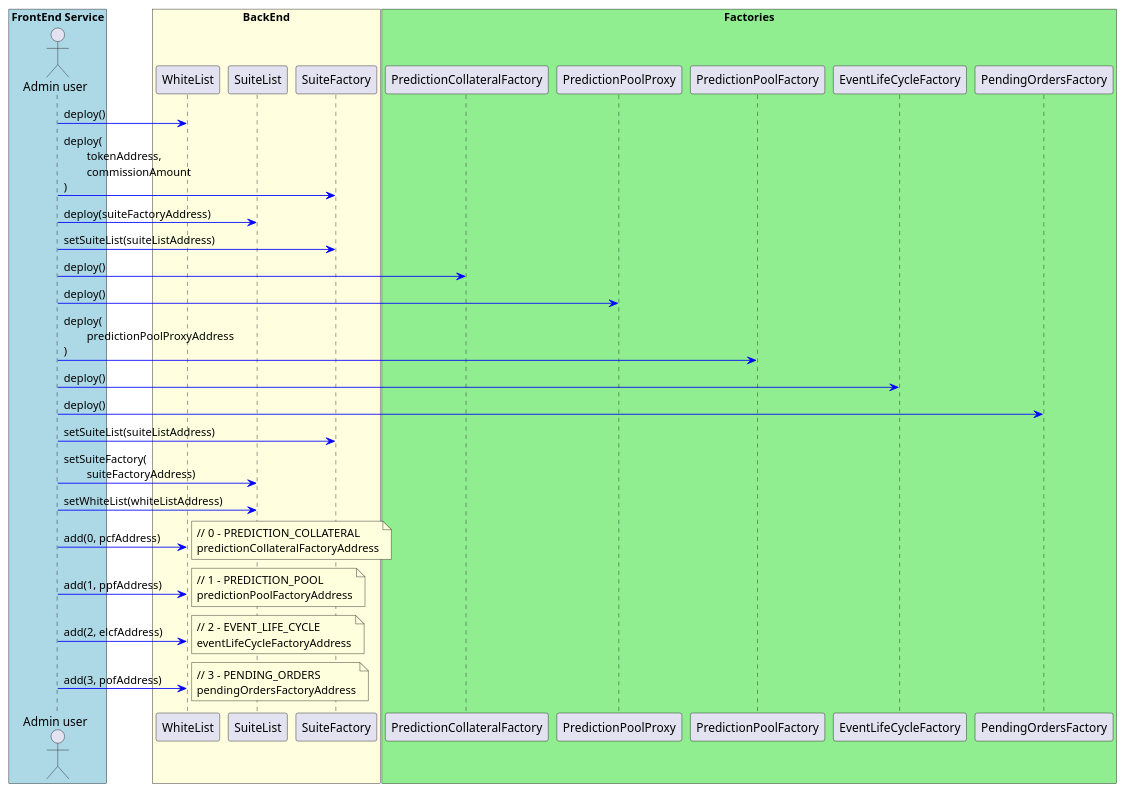
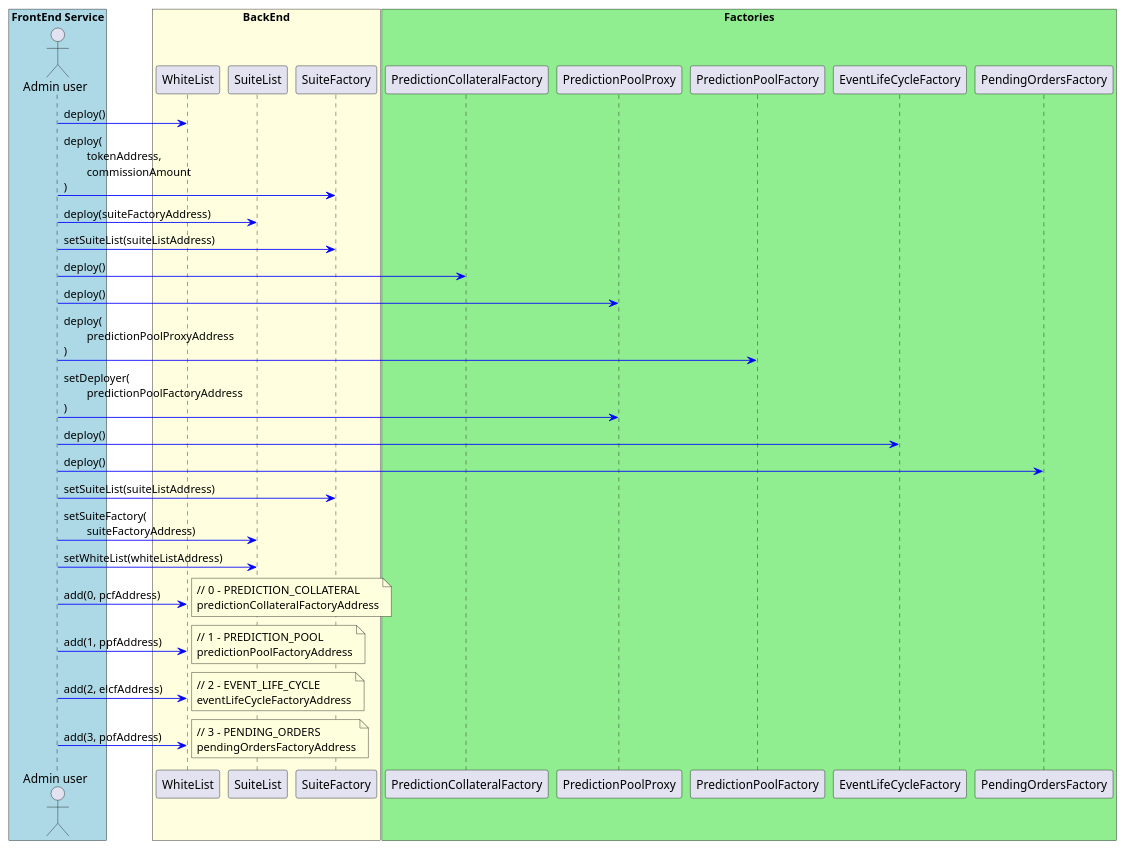
One commit to yurivin/polars_contracts changed the diagram in docs/DeployAndInitFactories.puml. Above: the diagram before and after it, drawn with PlantUML. The commit also changed 3 other files, not shown here.

```diff
--- a/docs/DeployAndInitFactories.puml
+++ b/docs/DeployAndInitFactories.puml
@@ -1,56 +1,57 @@
 @startuml
 
 box "FrontEnd Service" #LightBlue
 actor "Admin user" as governance
 end box
 
 box "BackEnd" #LightYellow
 participant WhiteList as wl
 participant "SuiteList" as sl
 participant "SuiteFactory" as sf
 end box
 
 box "Factories" #LightGreen
 participant "PredictionCollateralFactory" as pcf
 participant "PredictionPoolProxy" as ppp
 participant "PredictionPoolFactory" as ppf
 participant "EventLifeCycleFactory" as elcf
 participant "PendingOrdersFactory" as pof
 end box
 
 governance -[#blue]> wl: deploy()
 governance -[#blue]> sf: deploy(\n\ttokenAddress,\n\tcommissionAmount\n)
 governance -[#blue]> sl: deploy(suiteFactoryAddress)
 governance -[#blue]> sf: setSuiteList(suiteListAddress)
 governance -[#blue]> pcf: deploy()
 governance -[#blue]> ppp: deploy()
 governance -[#blue]> ppf: deploy(\n\tpredictionPoolProxyAddress\n)
+governance -[#blue]> ppp: setDeployer(\n\tpredictionPoolFactoryAddress\n)
 governance -[#blue]> elcf: deploy()
 governance -[#blue]> pof: deploy()
 
 governance -[#blue]> sf: setSuiteList(suiteListAddress)
 governance -[#blue]> sl: setSuiteFactory(\n\tsuiteFactoryAddress)
 governance -[#blue]> sl: setWhiteList(whiteListAddress)
 
 governance -[#blue]> wl: add(0, pcfAddress)
 note right
 // 0 - PREDICTION_COLLATERAL
 predictionCollateralFactoryAddress
 end note
 governance -[#blue]> wl: add(1, ppfAddress)
 note right
 // 1 - PREDICTION_POOL
 predictionPoolFactoryAddress
 end note
 governance -[#blue]> wl: add(2, elcfAddress)
 note right
 // 2 - EVENT_LIFE_CYCLE
 eventLifeCycleFactoryAddress
 end note
 governance -[#blue]> wl: add(3, pofAddress)
 note right
 // 3 - PENDING_ORDERS
 pendingOrdersFactoryAddress
 end note
 
 @enduml
```
